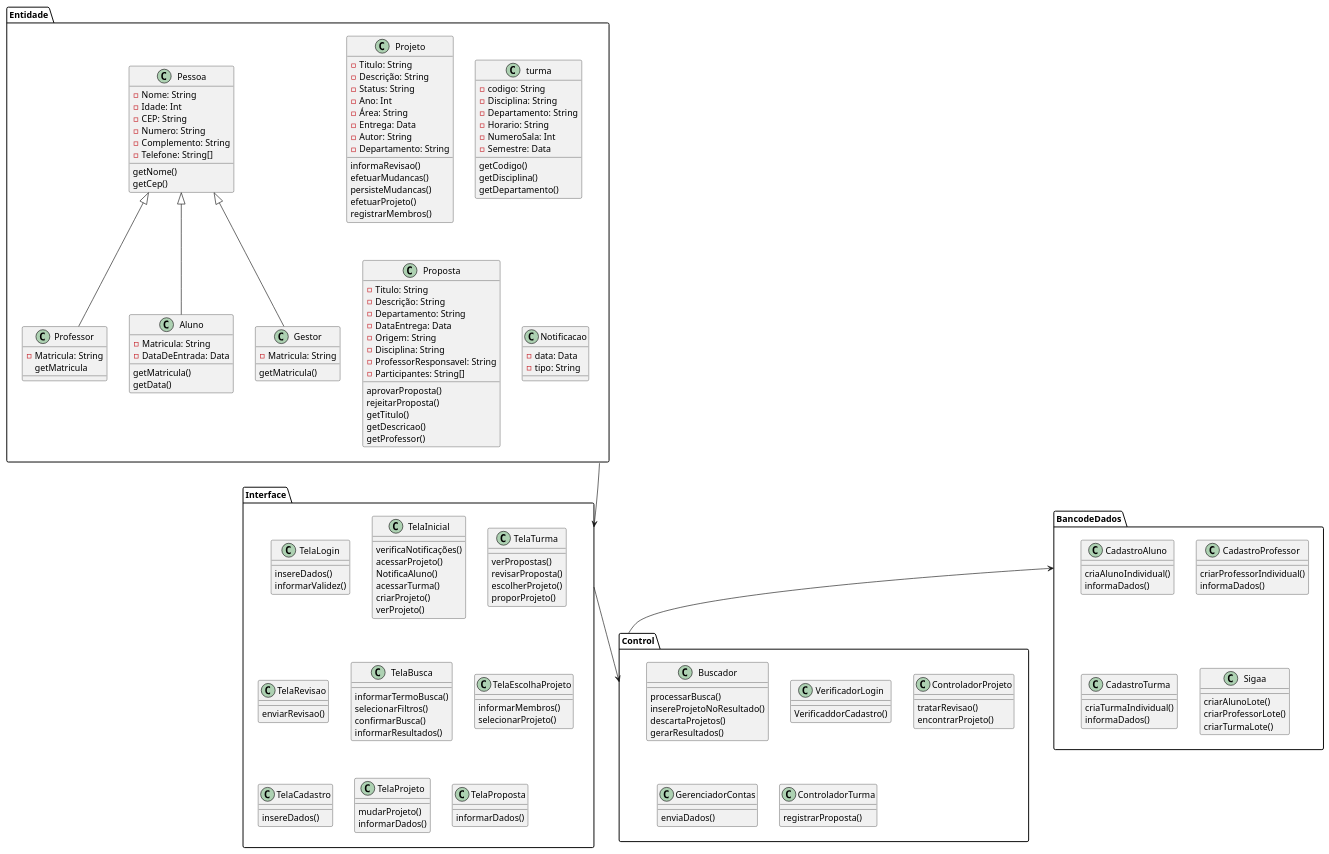
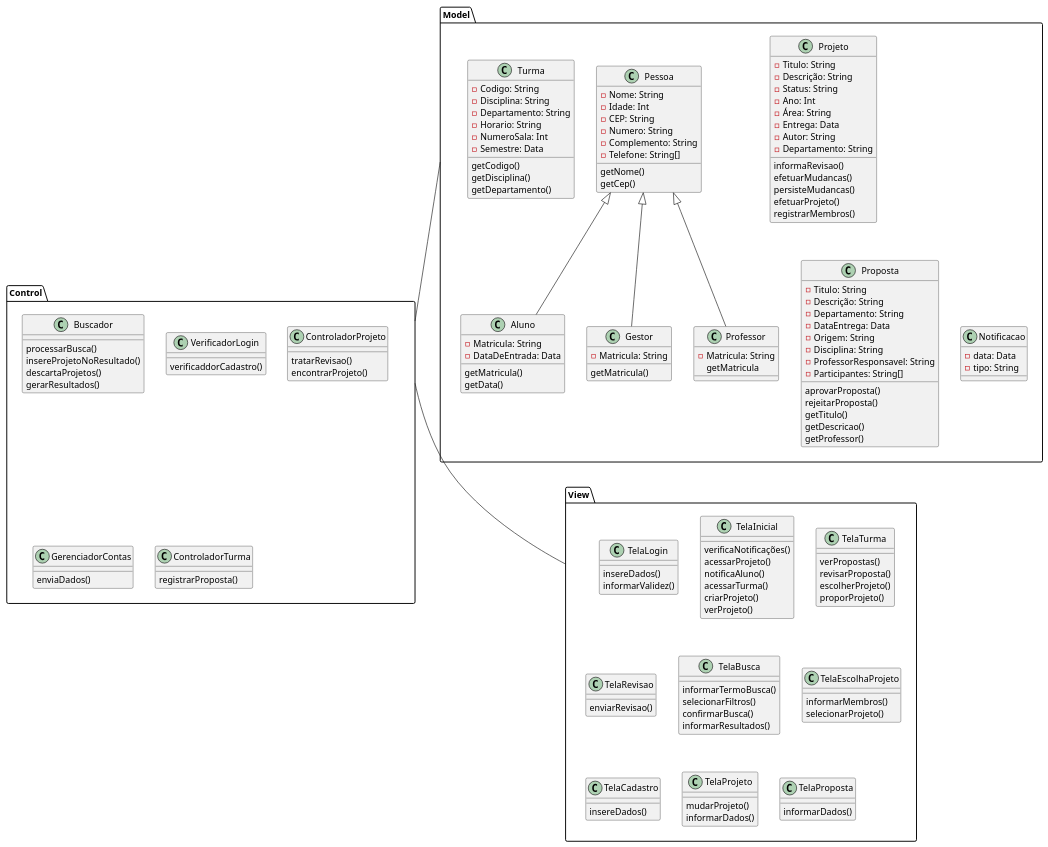
The diagram in diagramas/pacotes/DiagramPack.puml (Pedro-V/projetorium), drawn with PlantUML before and after one commit. The commit also changed 1 other file, not shown here.

```diff
--- a/diagramas/pacotes/DiagramPack.puml
+++ b/diagramas/pacotes/DiagramPack.puml
@@ -1,196 +1,172 @@
 @startuml DiagramaDePack
 
-package Entidade{
+folder Model{
 
     class Pessoa{
         -Nome: String
         -Idade: Int
         -CEP: String
         -Numero: String
         -Complemento: String
         -Telefone: String[]
         getNome()
         getCep()
     }
 
     class Professor {
         -Matricula: String 
         getMatricula
     }
 
     class Aluno {
         -Matricula: String
         -DataDeEntrada: Data
         getMatricula()
         getData()
     }
 
     class Gestor {
         -Matricula: String
         getMatricula()
     }
 
     class Projeto {
         -Titulo: String
         -Descrição: String
         -Status: String
         -Ano: Int
         -Área: String
         -Entrega: Data
         -Autor: String
         -Departamento: String
         informaRevisao()
         efetuarMudancas()
         persisteMudancas()
         efetuarProjeto()
         registrarMembros()
     }
 
-    class turma {
-        -codigo: String
+    class Turma {
+        -Codigo: String
         -Disciplina: String
         -Departamento: String
         -Horario: String
         -NumeroSala: Int
         -Semestre: Data
         getCodigo()
         getDisciplina()
         getDepartamento()
     }
 
     class Proposta{
         -Titulo: String
         -Descrição: String
         -Departamento: String
         -DataEntrega: Data
         -Origem: String
         -Disciplina: String
         -ProfessorResponsavel: String
         -Participantes: String[]
         aprovarProposta()
         rejeitarProposta()
         getTitulo()
         getDescricao()
         getProfessor()
 
     }
 
     class Notificacao{
         -data: Data
         -tipo: String
     }
 
     Pessoa <|-- Professor
     Pessoa <|-- Aluno
     Pessoa <|-- Gestor
 }
 
-package Control{
+folder Control{
     
     class Buscador  {
      processarBusca()
      insereProjetoNoResultado()
      descartaProjetos()
      gerarResultados()
     }
 
     class VerificadorLogin{
-        VerificaddorCadastro()
+        verificaddorCadastro()
     }
 
     class ControladorProjeto{
         tratarRevisao()
         encontrarProjeto()
     }
 
     class GerenciadorContas{
         enviaDados()
     }
 
     class ControladorTurma{
         registrarProposta()
     }
 }
 
-package Interface{
+folder View{
     class TelaLogin{
         insereDados()
         informarValidez()
     }
 
     class TelaInicial{
         verificaNotificações()
         acessarProjeto()
-        NotificaAluno()
+        notificaAluno()
         acessarTurma()
         criarProjeto()
         verProjeto()
     }
 
     class TelaTurma{
         verPropostas()
         revisarProposta()
         escolherProjeto()
         proporProjeto()
     }
 
     class TelaRevisao{
         enviarRevisao()
     }
 
     class TelaBusca{
         informarTermoBusca()
         selecionarFiltros()
         confirmarBusca()
         informarResultados()
     }
 
     class TelaEscolhaProjeto{
         informarMembros()
         selecionarProjeto()
     }
 
     class TelaCadastro{
         insereDados()
     }
 
     class TelaProjeto{
         mudarProjeto()
         informarDados()
     }
 
     class TelaProposta{
         informarDados()
     }
 }
 
-package BancodeDados{
-    class CadastroAluno{
-    criaAlunoIndividual()
-    informaDados()
-}
-
-    class CadastroProfessor{
-    criarProfessorIndividual()
-    informaDados()
-}
-
-    class CadastroTurma{
-    criaTurmaIndividual()
-    informaDados()
-}
-
-    class Sigaa{
-    criarAlunoLote()
-    criarProfessorLote()
-    criarTurmaLote()
-}
-}
-
-Entidade --> Interface
-Interface --> Control
-BancodeDados <-- Control
+Control -- View
+Model -- Control
 
 
 
 @enduml
```
